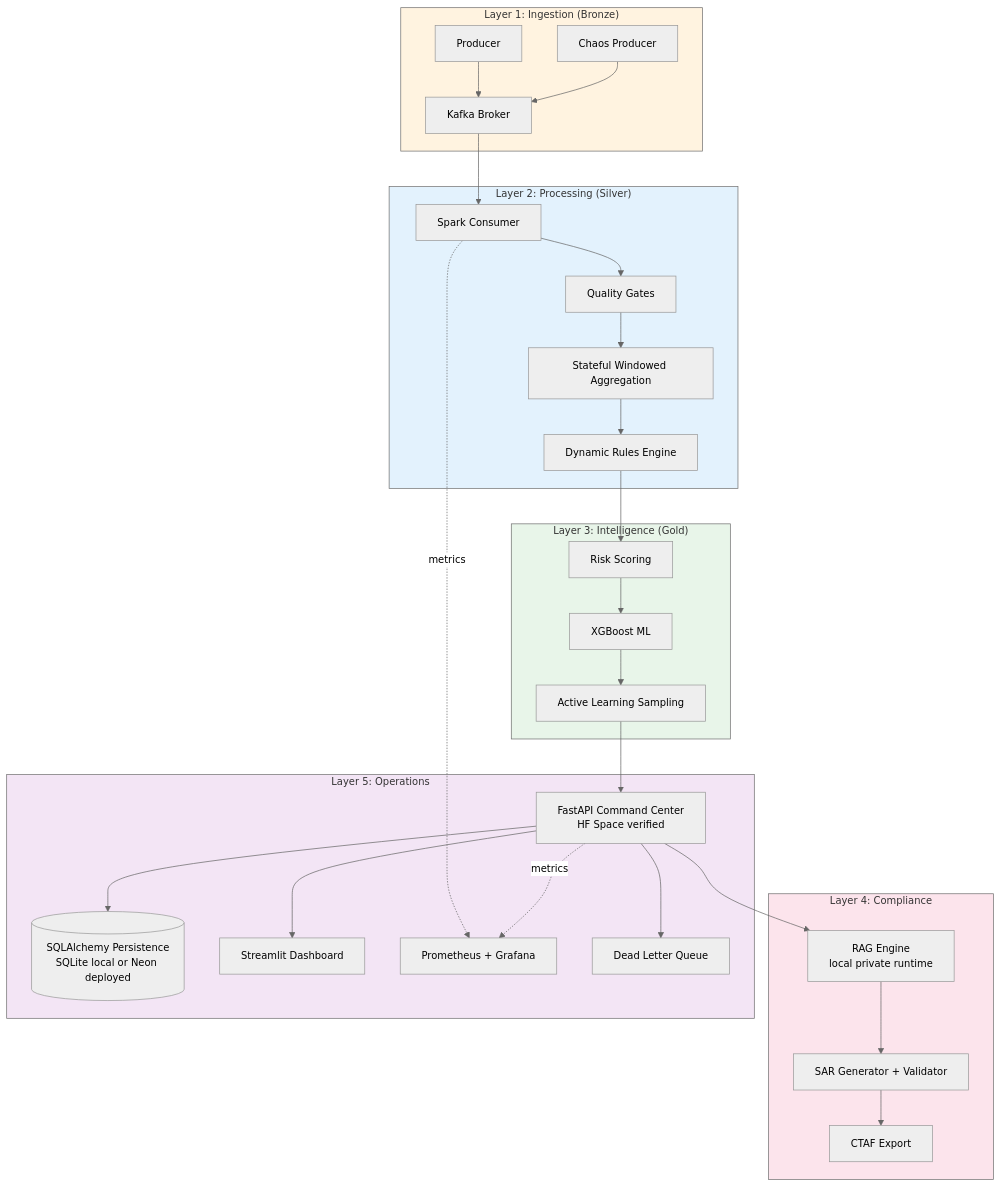
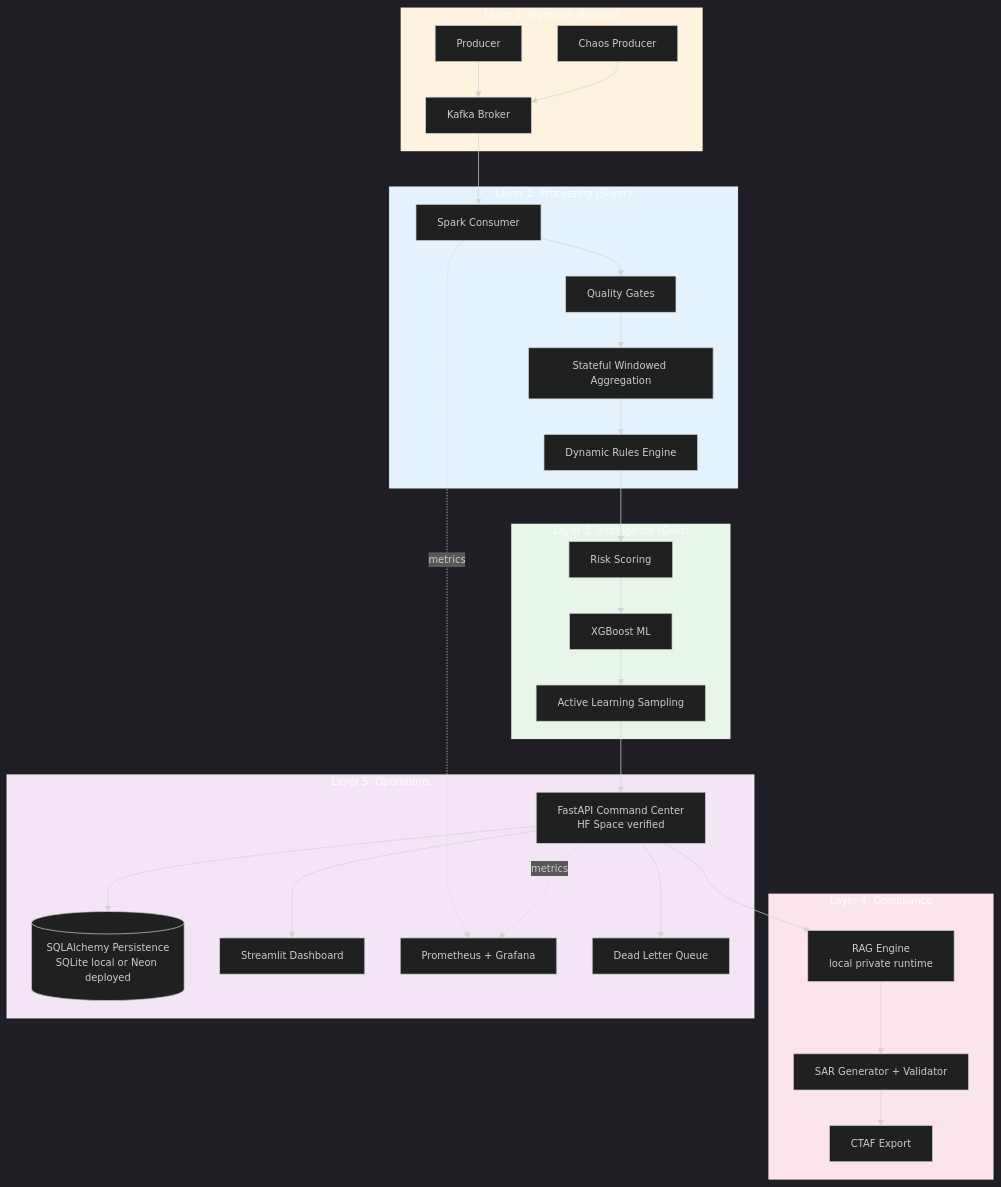
One commit to ReguiguiMohamed/hybrid-real-time-fraud-detection-tunisia changed the fourth of 5 diagrams in README.md. Above: the diagram before and after it, drawn with Mermaid.

Commit message:
Change Mermaid theme from neutral to dark

````diff
--- a/README.md
+++ b/README.md
@@ -134,61 +134,61 @@
 ```mermaid
-%%{init: {'theme': 'neutral', 'themeVariables': { 'fontSize': '14px'}}}%%
+%%{init: {'theme': 'dark', 'themeVariables': { 'fontSize': '14px'}}}%%
 graph TB
     subgraph Ingestion["Layer 1: Ingestion (Bronze)"]
         P1[Producer]
         P2[Chaos Producer]
         K[Kafka Broker]
     end
 
     subgraph Processing["Layer 2: Processing (Silver)"]
         C[Spark Consumer]
         QG[Quality Gates]
         SA[Stateful Windowed Aggregation]
         RE[Dynamic Rules Engine]
     end
 
     subgraph Intelligence["Layer 3: Intelligence (Gold)"]
         ML[XGBoost ML]
         RS[Risk Scoring]
         SM[Active Learning Sampling]
     end
 
     subgraph Compliance["Layer 4: Compliance"]
         RAG["RAG Engine\nlocal private runtime"]
         SAR[SAR Generator + Validator]
         CTAF[CTAF Export]
     end
 
     subgraph Operations["Layer 5: Operations"]
         API[FastAPI Command Center\nHF Space verified]
         DB[(SQLAlchemy Persistence\nSQLite local or Neon deployed)]
         Dash[Streamlit Dashboard]
         Mon[Prometheus + Grafana]
         DLQ[Dead Letter Queue]
     end
 
     P1 --> K
     P2 --> K
     K --> C
     C --> QG
     QG --> SA
     SA --> RE
     RE --> RS
     RS --> ML
     ML --> SM
     SM --> API
     API --> DB
     API --> RAG
     RAG --> SAR
     SAR --> CTAF
     API --> Dash
     C -. metrics .-> Mon
     API -. metrics .-> Mon
     API --> DLQ
 
     style Ingestion fill:#fff3e0
     style Processing fill:#e3f2fd
     style Intelligence fill:#e8f5e9
     style Compliance fill:#fce4ec
     style Operations fill:#f3e5f5
 ```
````
